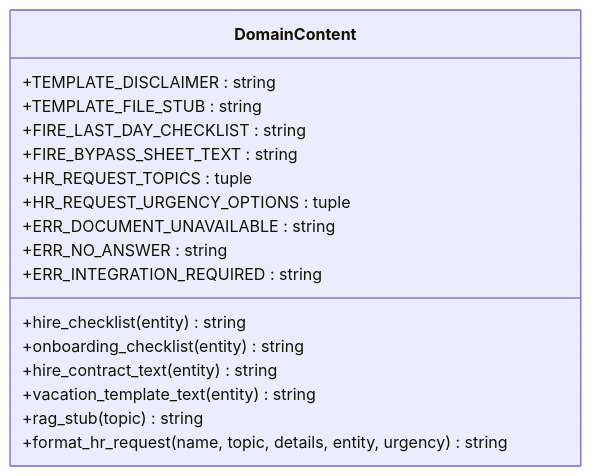
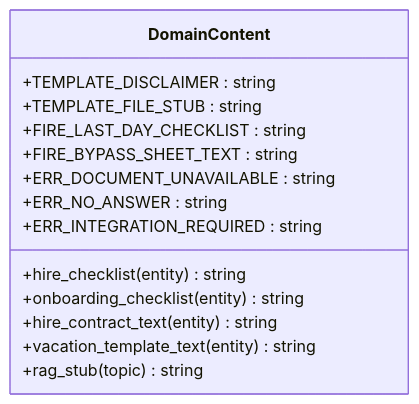
Before and after one commit to ognelis/cafetera_hr_bot: the third of 12 diagrams in .qoder/repowiki/en/content/VK Integration/Domain Content Management.md, drawn with Mermaid. The commit also changed other lines of this file and 16 other files, not shown here.

````diff
--- a/.qoder/repowiki/en/content/VK Integration/Domain Content Management.md
+++ b/.qoder/repowiki/en/content/VK Integration/Domain Content Management.md
@@ -190,20 +213,17 @@
 ```mermaid
 classDiagram
 class DomainContent {
 +TEMPLATE_DISCLAIMER : string
 +TEMPLATE_FILE_STUB : string
 +FIRE_LAST_DAY_CHECKLIST : string
 +FIRE_BYPASS_SHEET_TEXT : string
-+HR_REQUEST_TOPICS : tuple
-+HR_REQUEST_URGENCY_OPTIONS : tuple
 +ERR_DOCUMENT_UNAVAILABLE : string
 +ERR_NO_ANSWER : string
 +ERR_INTEGRATION_REQUIRED : string
 +hire_checklist(entity) string
 +onboarding_checklist(entity) string
 +hire_contract_text(entity) string
 +vacation_template_text(entity) string
 +rag_stub(topic) string
-+format_hr_request(name, topic, details, entity, urgency) string
 }
 ```
````
